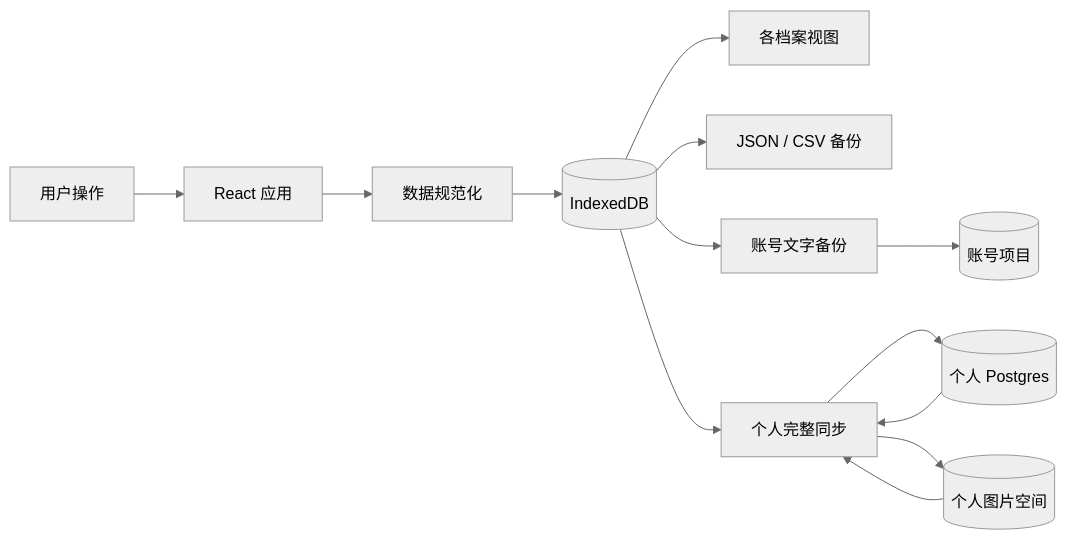
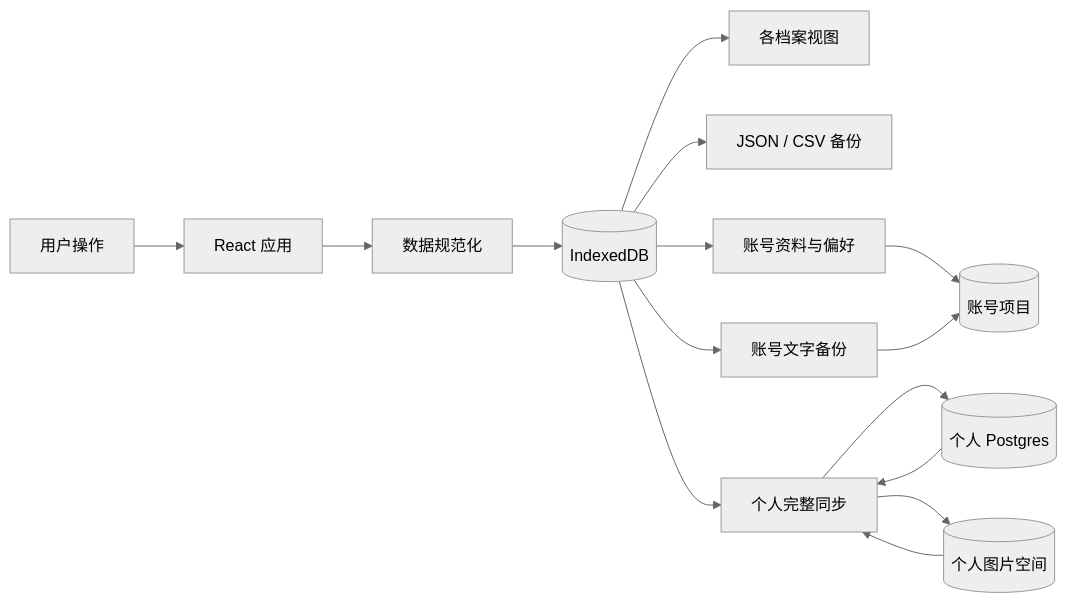
The diagram in docs/architecture.md (Qi-i/live-memory), drawn with Mermaid (neutral theme) before and after one commit. The commit also changed other lines of this file and 14 other files, not shown here.

````diff
--- a/docs/architecture.md
+++ b/docs/architecture.md
@@ -16,15 +16,17 @@
 ```mermaid
 flowchart LR
   U[用户操作] --> A[React 应用]
   A --> N[数据规范化]
   N --> I[(IndexedDB)]
   I --> V[各档案视图]
   I --> B[JSON / CSV 备份]
+  I --> P0[账号资料与偏好]
   I --> T[账号文字备份]
   I --> S[个人完整同步]
+  P0 --> C
   T --> C[(账号项目)]
   S --> P[(个人 Postgres)]
   S --> O[(个人图片空间)]
   P --> S
   O --> S
 ```
````
